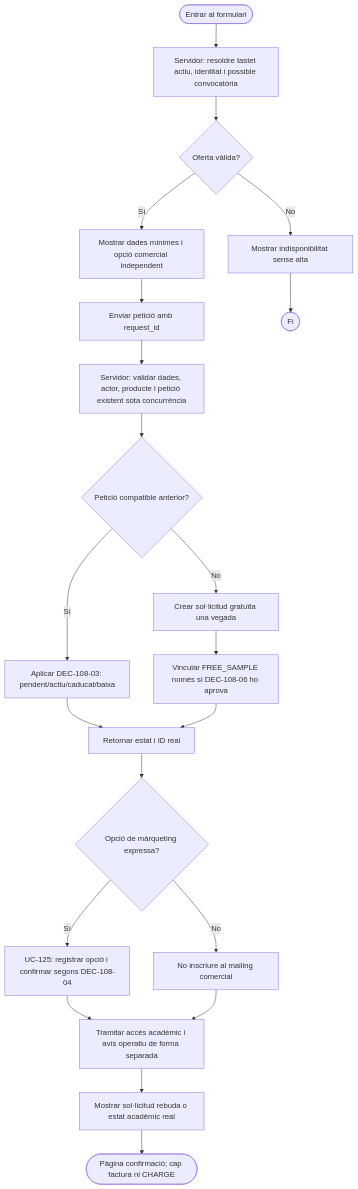
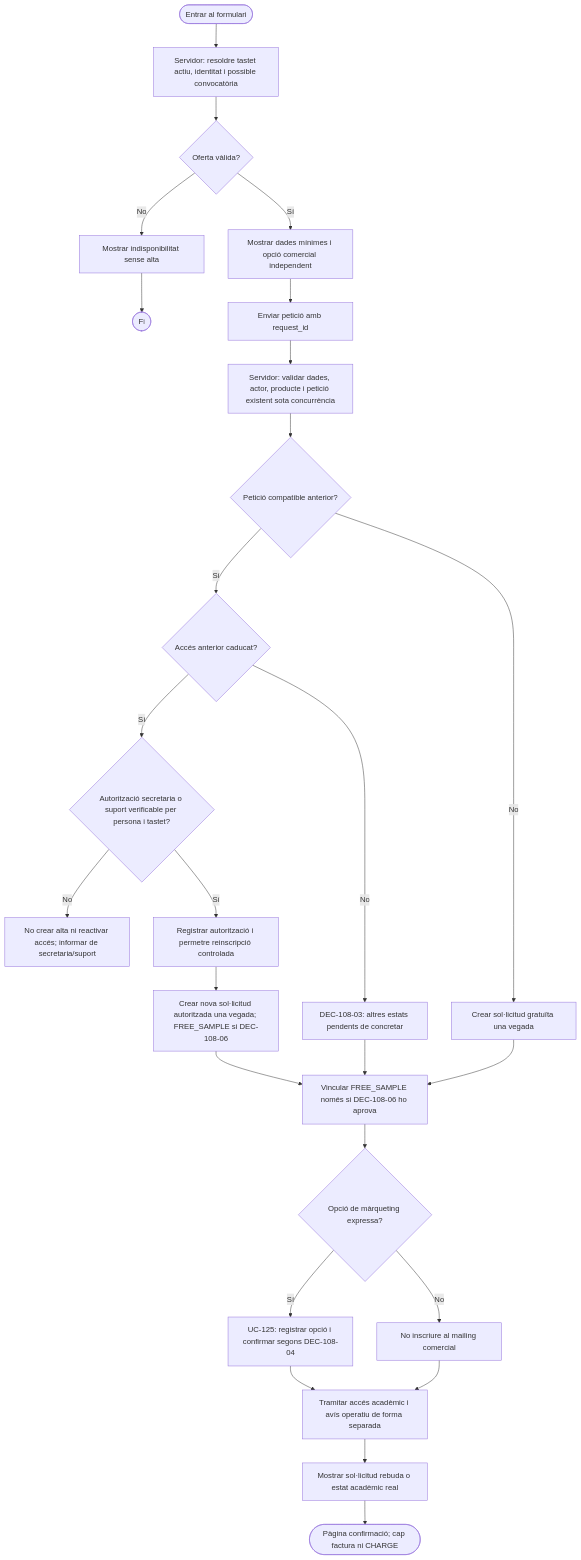
One commit to orgmeriemprismacat-del/verifactu changed the sixth of 8 diagrams in documentacio/07-uml-integrat/uc-108-vistes-grafiques-activitats-pagines.md. Above: the diagram before and after it, drawn with Mermaid. The commit also changed other lines of this file, not shown here.

Commit message:
docs: agree UC-108 expired-access re-enrollment requires secretaria or support authorization

````diff
--- a/documentacio/07-uml-integrat/uc-108-vistes-grafiques-activitats-pagines.md
+++ b/documentacio/07-uml-integrat/uc-108-vistes-grafiques-activitats-pagines.md
@@ -111,23 +111,28 @@
 ```mermaid
 flowchart TD
   A([Entrar al formulari]) --> B["Servidor: resoldre tastet actiu, identitat i possible convocatòria"]
   B --> C{"Oferta vàlida?"}
   C -->|No| D["Mostrar indisponibilitat sense alta"]
   C -->|Sí| E["Mostrar dades mínimes i opció comercial independent"]
   E --> F["Enviar petició amb request_id"]
   F --> G["Servidor: validar dades, actor, producte i petició existent sota concurrència"]
   G --> H{"Petició compatible anterior?"}
-  H -->|Sí| I["Aplicar DEC-108-03: pendent/actiu/caducat/baixa"]
+  H -->|Sí| I{"Accés anterior caducat?"}
+  I -->|Sí| IA{"Autorització secretaria o suport verificable per persona i tastet?"}
+  IA -->|No| IB["No crear alta ni reactivar accés; informar de secretaria/suport"]
+  IA -->|Sí| IC["Registrar autorització i permetre reinscripció controlada"]
+  I -->|No| ID["DEC-108-03: altres estats pendents de concretar"]
+  IC --> K["Crear nova sol·licitud autoritzada una vegada; FREE_SAMPLE si DEC-108-06"]
   H -->|No| J["Crear sol·licitud gratuïta una vegada"]
-  J --> K["Vincular FREE_SAMPLE només si DEC-108-06 ho aprova"]
-  I --> L["Retornar estat i ID real"]
+  J --> L["Vincular FREE_SAMPLE només si DEC-108-06 ho aprova"]
   K --> L
+  ID --> L
   L --> M{"Opció de màrqueting expressa?"}
   M -->|Sí| N["UC-125: registrar opció i confirmar segons DEC-108-04"]
   M -->|No| O["No inscriure al mailing comercial"]
   N --> P["Tramitar accés acadèmic i avís operatiu de forma separada"]
   O --> P
   P --> Q["Mostrar sol·licitud rebuda o estat acadèmic real"]
   Q --> R([Pàgina confirmació; cap factura ni CHARGE])
   D --> S([Fi])
 ```
````
